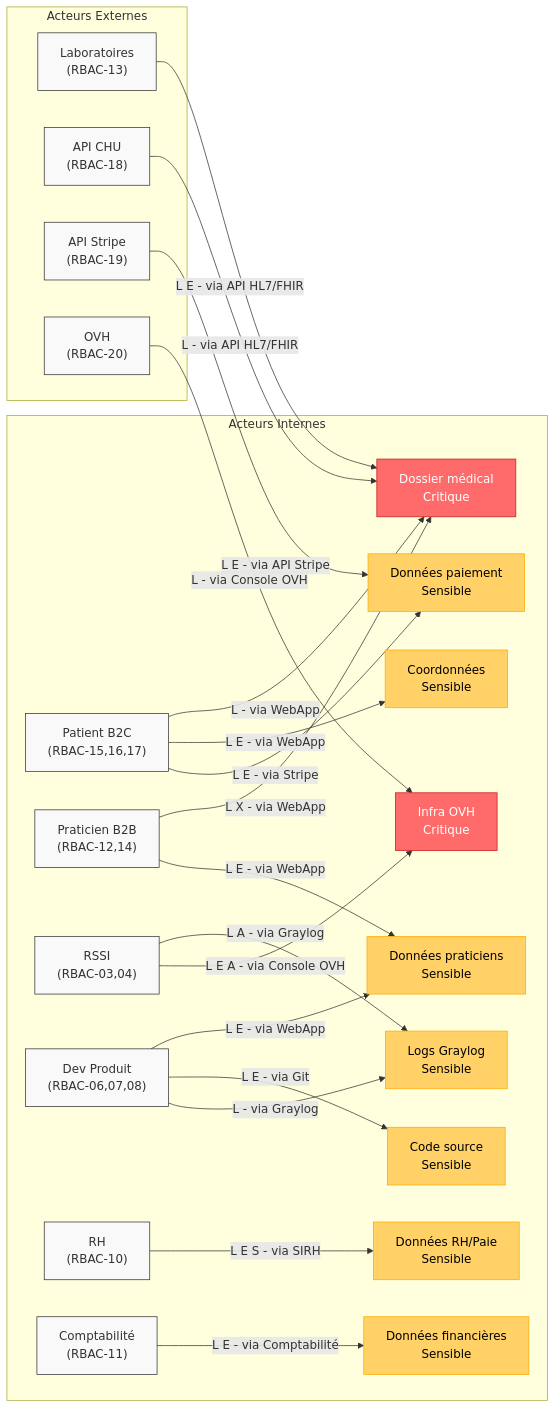
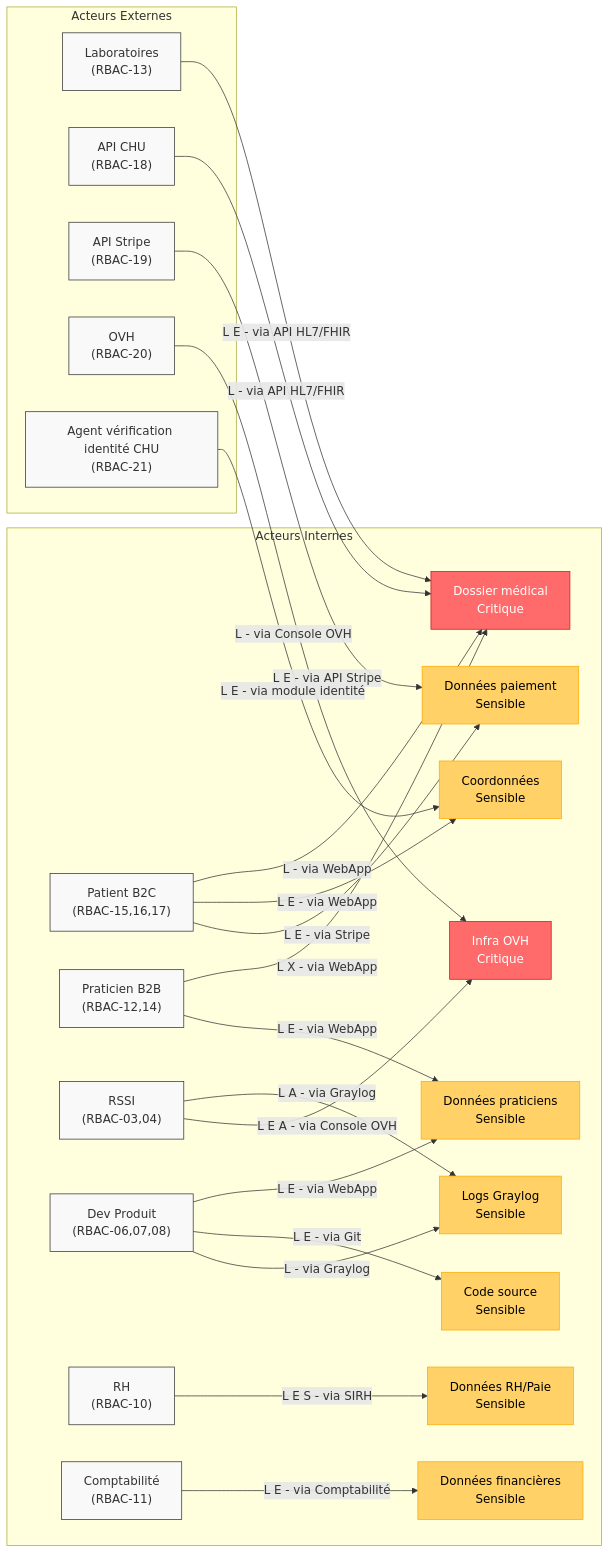
The diagram in semaine-3-iso27001/matriceRBAC.md (solenefig-lab/grc-pme-fictive), drawn with Mermaid before and after one commit. The commit also changed other lines of this file and 16 other files, not shown here.

`````diff
--- a/semaine-3-iso27001/matriceRBAC.md
+++ b/semaine-3-iso27001/matriceRBAC.md
@@ -98,38 +99,39 @@
 ```mermaid
 flowchart LR
     %% ===== ACTEURS =====
     subgraph Acteurs Internes
         A["Patient B2C<br>(RBAC-15,16,17)"] -->|L - via WebApp| B["Dossier médical<br>Critique"]
         A -->|L E - via WebApp| C["Coordonnées<br>Sensible"]
         A -->|L E - via Stripe| D["Données paiement<br>Sensible"]
 
         E["Praticien B2B<br>(RBAC-12,14)"] -->|L X - via WebApp| B
         E -->|L E - via WebApp| F["Données praticiens<br>Sensible"]
 
         G["RSSI<br>(RBAC-03,04)"] -->|L A - via Graylog| H["Logs Graylog<br>Sensible"]
         G -->|L E A - via Console OVH| I["Infra OVH<br>Critique"]
 
         J["Dev Produit<br>(RBAC-06,07,08)"] -->|L E - via WebApp| F
         J -->|L E - via Git| K["Code source<br>Sensible"]
         J -->|L - via Graylog| H
 
         L2["RH<br>(RBAC-10)"] -->|L E S - via SIRH| M["Données RH/Paie<br>Sensible"]
         M2["Comptabilité<br>(RBAC-11)"] -->|L E - via Comptabilité| N["Données financières<br>Sensible"]
     end
 
     subgraph Acteurs Externes
         O["Laboratoires<br>(RBAC-13)"] -->|L E - via API HL7/FHIR| B
         P["API CHU<br>(RBAC-18)"] -->|L - via API HL7/FHIR| B
         Q["API Stripe<br>(RBAC-19)"] -->|L E - via API Stripe| D
         R["OVH<br>(RBAC-20)"] -->|L - via Console OVH| I
+        S["Agent vérification identité CHU<br>(RBAC-21)"] -->|L E - via module identité| C
     end
 
     %% ===== LÉGENDE =====
     classDef critical fill:#ff6b6b,color:#fff,stroke:#c91818;
     classDef sensitive fill:#ffd166,color:#000,stroke:#ffaa00;
     classDef standard fill:#a5d8ff,color:#000,stroke:#1e90ff;
 
     class B,I critical;
     class C,D,F,H,K,M,N sensitive;
     classDef default fill:#f9f9f9,stroke:#333;
-````
+```
`````
